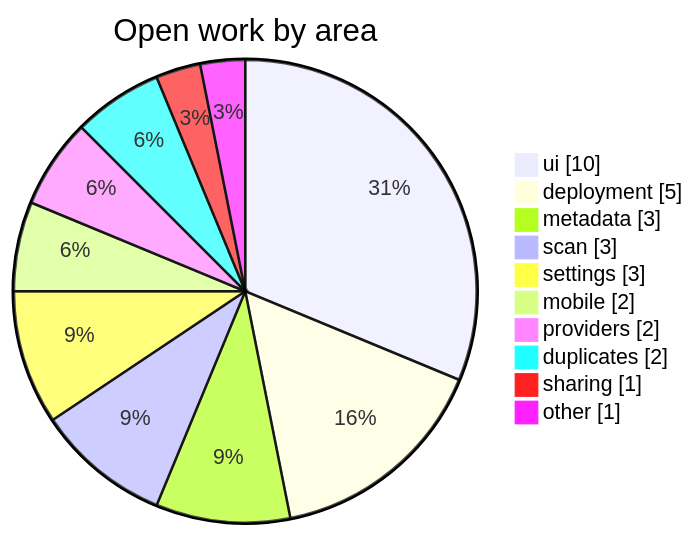
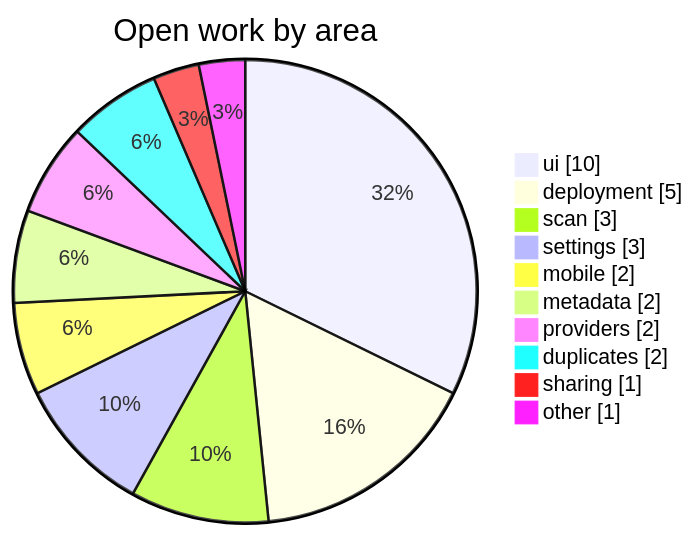
One commit to silkyclouds/pmda-tracker changed the third of 3 diagrams in README.md. Above: the diagram before and after it, drawn with Mermaid. The commit also changed other lines of this file, not shown here.

````diff
--- a/README.md
+++ b/README.md
@@ -32,13 +31,13 @@
 ```mermaid
 pie showData title Open work by area
     "ui" : 10
     "deployment" : 5
-    "metadata" : 3
     "scan" : 3
     "settings" : 3
     "mobile" : 2
+    "metadata" : 2
     "providers" : 2
     "duplicates" : 2
     "sharing" : 1
     "other" : 1
 ```
````
